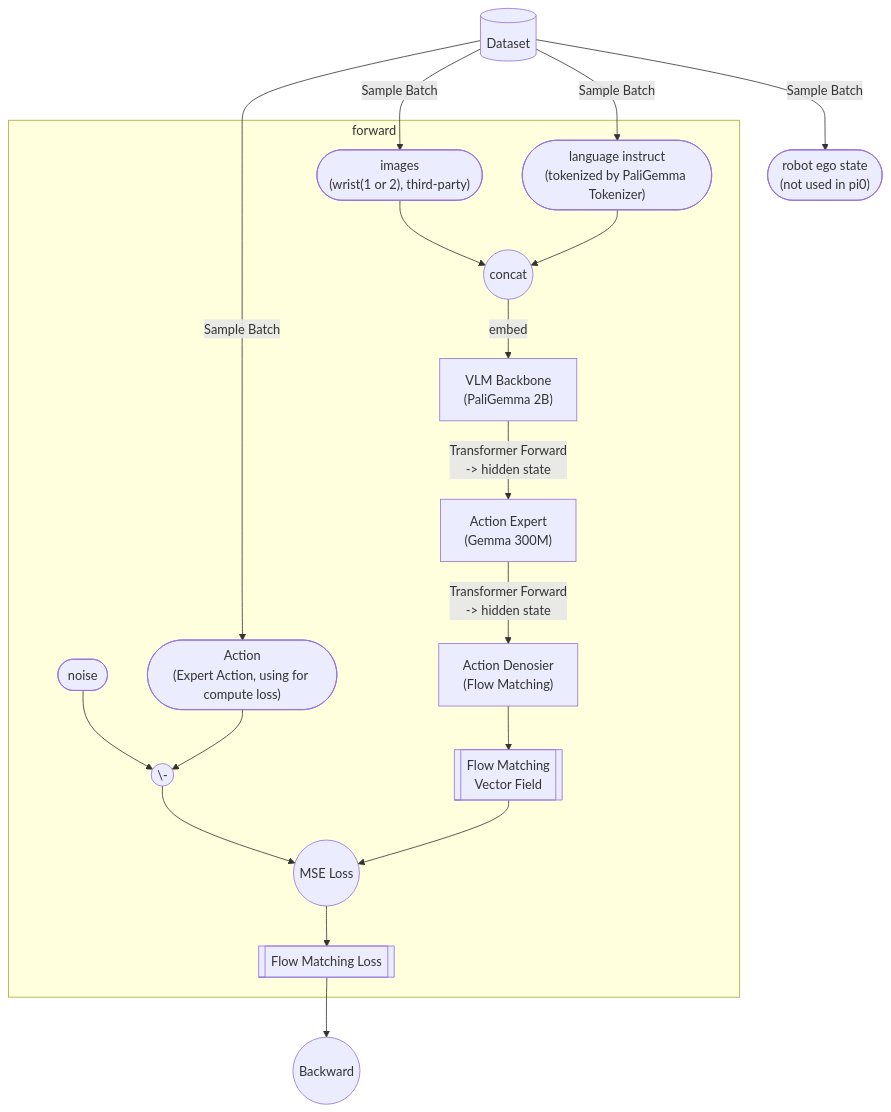
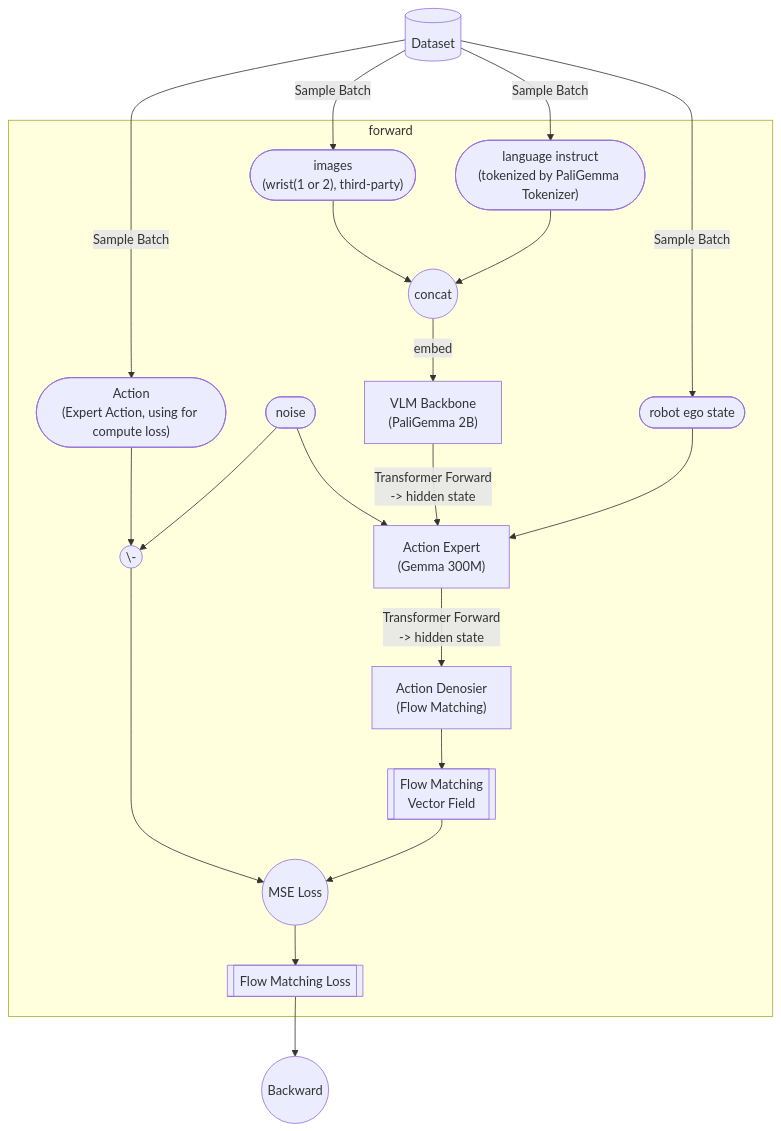
One commit to TropinoneH/knowledge_base changed the first of 2 diagrams in Paper/pi0.md. Above: the diagram before and after it, drawn with Mermaid. The commit also changed other lines of this file and 4 other files, not shown here.

````diff
--- a/Paper/pi0.md
+++ b/Paper/pi0.md
@@ -33,42 +33,44 @@
 ```mermaid
 graph TD
 
 a["VLM Backbone<br>(PaliGemma 2B)"]
 b["Action Expert<br>(Gemma 300M)"]
 c["Action Denosier<br>(Flow Matching)"]
 
 d[(Dataset)]
 e(["images<br>(wrist(1 or 2), third-party)"])
 f(["language instruct<br>(tokenized by PaliGemma Tokenizer)"])
 i(["Action<br>(Expert Action, using for compute loss)"])
-g(["robot ego state<br>(not used in pi0)"])
+g(["robot ego state"])
 oooo(["noise"])
 
 h((concat))
 k(("\-"))
 
 l[["Flow Matching Loss"]]
 m[["Flow Matching<br>Vector Field"]]
 n((MSE Loss))
 
 d-->|Sample Batch|e
 d-->|Sample Batch|f
 d-->|Sample Batch|i
 d-->|Sample Batch|g
 
 subgraph forward
 	e-->h
 	f-->h
 	h-->|embed|a
+	oooo-->b
 	a-->|"Transformer Forward<br>-> hidden state"|b
+	g-->b
 	b-->|"Transformer Forward<br>-> hidden state"|c
 	
 	c-->m
+	i-->k
 	oooo-->k
-	i-->k
 	k-->n
 	m-->n
 	n-->l
 end
 l-->bbbb((Backward))
 ```
````
